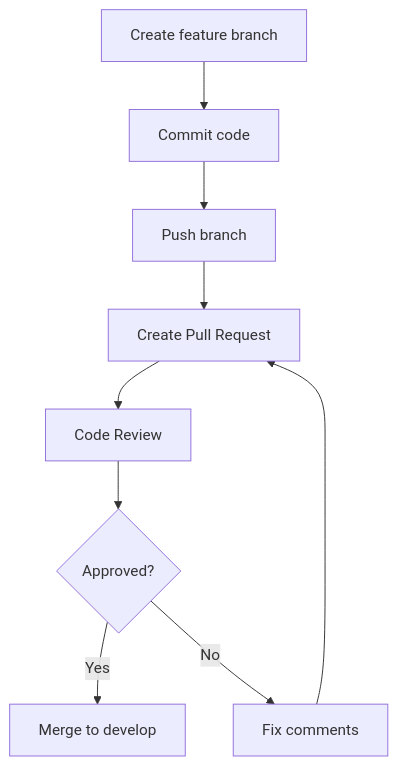
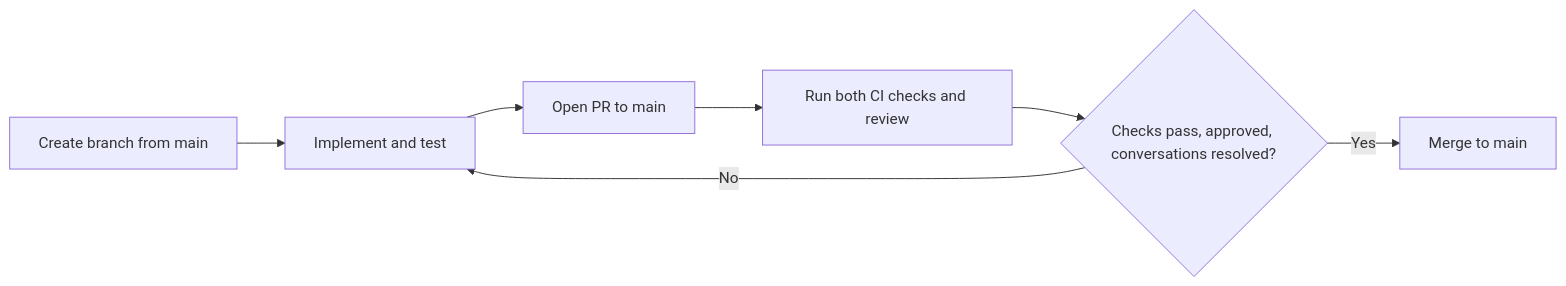
One commit to manhle11/hotel-booking-system changed the diagram in docs/13-git-workflow.md. Above: the diagram before and after it, drawn with Mermaid. The commit also changed other lines of this file and 12 other files, not shown here.

Commit message:
chore(project): align main workflow and test baseline

````diff
--- a/docs/13-git-workflow.md
+++ b/docs/13-git-workflow.md
@@ -77,11 +62,9 @@
 ```mermaid
-flowchart TD
-    A[Create feature branch] --> B[Commit code]
-    B --> C[Push branch]
-    C --> D[Create Pull Request]
-    D --> E[Code Review]
-    E --> F{Approved?}
-    F -->|Yes| G[Merge to develop]
-    F -->|No| H[Fix comments]
-    H --> D
+flowchart LR
+    A[Create branch from main] --> B[Implement and test]
+    B --> C[Open PR to main]
+    C --> D[Run both CI checks and review]
+    D --> E{Checks pass, approved, conversations resolved?}
+    E -->|Yes| F[Merge to main]
+    E -->|No| B
 ```
````
